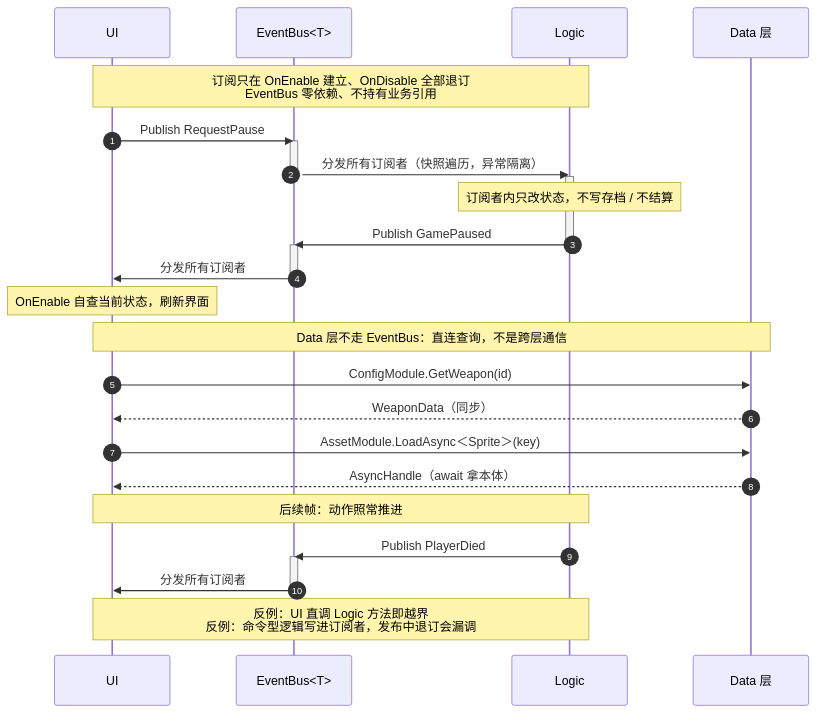
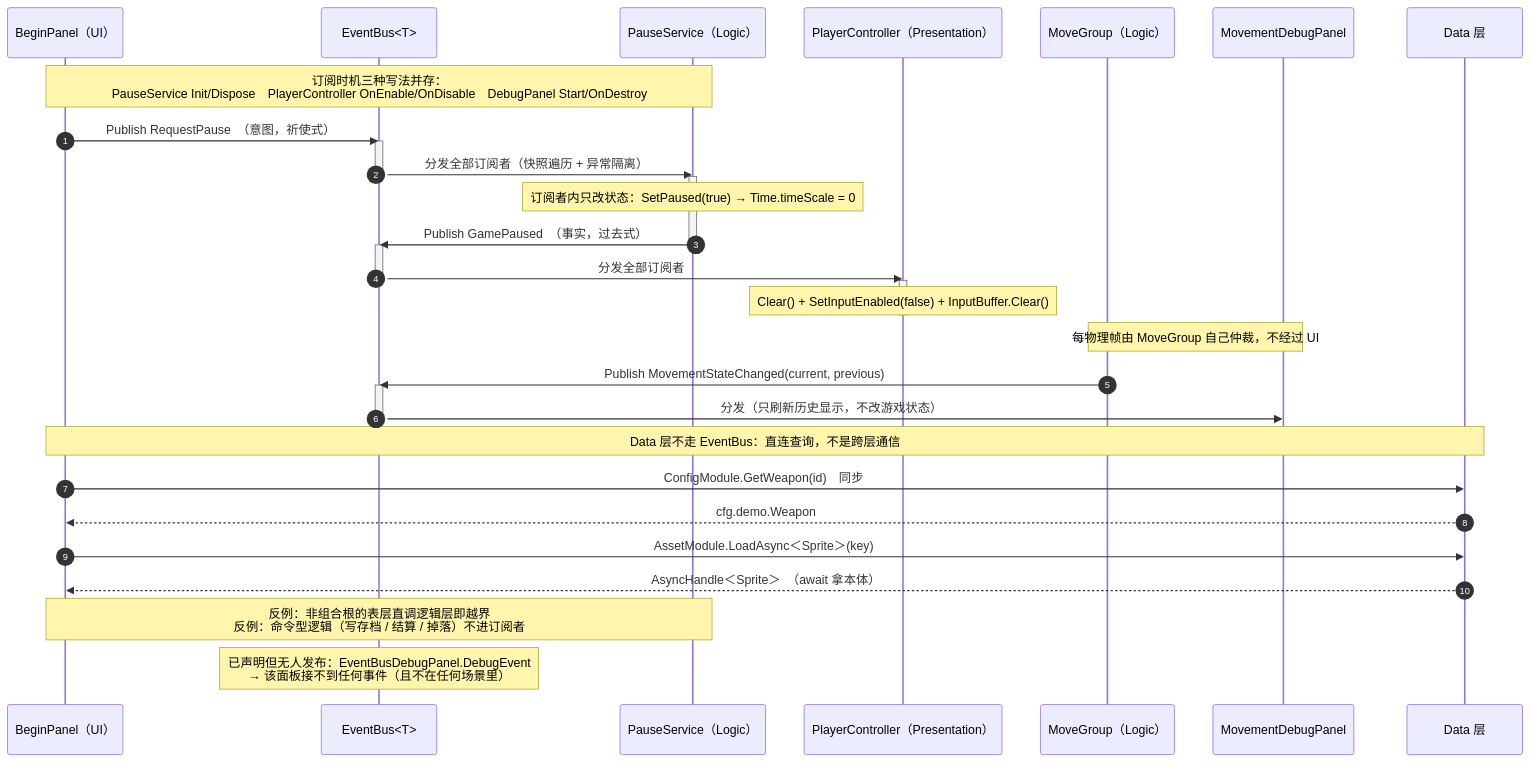
Before and after one commit to 5FYZhou/deepseaoil: the diagram in Docs/框架设计/sources/04-event-flow.mmd, drawn with Mermaid. The commit also changed 7 other files, not shown here.

First line of the commit message:
docs(framework): 蓝图并入上游逻辑层事实；新增 §15 现状 / §16 缺陷登记；图源与图块同步

```diff
--- a/Docs/框架设计/sources/04-event-flow.mmd
+++ b/Docs/框架设计/sources/04-event-flow.mmd
@@ -1,39 +1,47 @@
-%% 图4｜意图事件流程｜回答：UI 想改游戏状态怎么改？一条意图事件走完是哪几步？
-%% 读法：时间轴自上而下；activate 区间 = 本次事件真正执行到的代码范围；发布实线、返回虚线。
-%% 维护：事件名必须与 Events/GameEvents.cs 的登记名一致；意图祈使式、事实过去式。
-%%       Data 层只出现在"直连查询"段，永远不出现在 EventBus 的发布/订阅两端。
+%% 图4｜事件流程｜回答：UI 想改游戏状态怎么改？一条意图事件走完是哪几步？
+%% 读法：时间轴自上而下；activate 区间 = 本次事件真正执行到的代码范围。
+%% 维护：事件名必须与 Framework/Event/Events.cs 等处的登记名一致；意图祈使式、事实过去式。
+%%       Data 层只出现在「直连查询」段，永远不出现在 EventBus 的发布/订阅两端。
+%%       订阅时机不是统一的：PauseService 在 Init/Dispose，PlayerController 在 OnEnable/OnDisable，
+%%       MovementDebugPanel 在 Start/OnDestroy。
 sequenceDiagram
   autonumber
-  participant UI as UI
+  participant UI as BeginPanel（UI）
   participant Bus as EventBus<T>
-  participant Logic as Logic
+  participant Pause as PauseService（Logic）
+  participant PC as PlayerController（Presentation）
+  participant Move as MoveGroup（Logic）
+  participant Dbg as MovementDebugPanel
   participant Data as Data 层
 
-  Note over UI,Logic: 订阅只在 OnEnable 建立、OnDisable 全部退订<br/>EventBus 零依赖、不持有业务引用
+  Note over UI,Pause: 订阅时机三种写法并存：<br/>PauseService Init/Dispose　PlayerController OnEnable/OnDisable　DebugPanel Start/OnDestroy
 
-  UI->>Bus: Publish RequestPause
+  UI->>Bus: Publish RequestPause　（意图，祈使式）
   activate Bus
-  Bus->>Logic: 分发所有订阅者（快照遍历，异常隔离）
+  Bus->>Pause: 分发全部订阅者（快照遍历 + 异常隔离）
   deactivate Bus
-  activate Logic
-  Note over Logic: 订阅者内只改状态，不写存档 / 不结算
-  Logic->>Bus: Publish GamePaused
-  deactivate Logic
+  activate Pause
+  Note over Pause: 订阅者内只改状态：SetPaused(true) → Time.timeScale = 0
+  Pause->>Bus: Publish GamePaused　（事实，过去式）
+  deactivate Pause
   activate Bus
-  Bus->>UI: 分发所有订阅者
+  Bus->>PC: 分发全部订阅者
   deactivate Bus
-  Note over UI: OnEnable 自查当前状态，刷新界面
+  activate PC
+  Note over PC: Clear() + SetInputEnabled(false) + InputBuffer.Clear()
+  deactivate PC
+
+  Note over Move,Dbg: 每物理帧由 MoveGroup 自己仲裁，不经过 UI
+  Move->>Bus: Publish MovementStateChanged(current, previous)
+  activate Bus
+  Bus->>Dbg: 分发（只刷新历史显示，不改游戏状态）
+  deactivate Bus
 
   Note over UI,Data: Data 层不走 EventBus：直连查询，不是跨层通信
-  UI->>Data: ConfigModule.GetWeapon(id)
-  Data-->>UI: WeaponData（同步）
+  UI->>Data: ConfigModule.GetWeapon(id)　同步
+  Data-->>UI: cfg.demo.Weapon
   UI->>Data: AssetModule.LoadAsync＜Sprite＞(key)
-  Data-->>UI: AsyncHandle（await 拿本体）
+  Data-->>UI: AsyncHandle＜Sprite＞　（await 拿本体）
 
-  Note over UI,Logic: 后续帧：动作照常推进
-  Logic->>Bus: Publish PlayerDied
-  activate Bus
-  Bus->>UI: 分发所有订阅者
-  deactivate Bus
-
-  Note over UI,Logic: 反例：UI 直调 Logic 方法即越界<br/>反例：命令型逻辑写进订阅者，发布中退订会漏调
+  Note over UI,Pause: 反例：非组合根的表层直调逻辑层即越界<br/>反例：命令型逻辑（写存档 / 结算 / 掉落）不进订阅者
+  Note over Bus: 已声明但无人发布：EventBusDebugPanel.DebugEvent<br/>→ 该面板接不到任何事件（且不在任何场景里）
```
